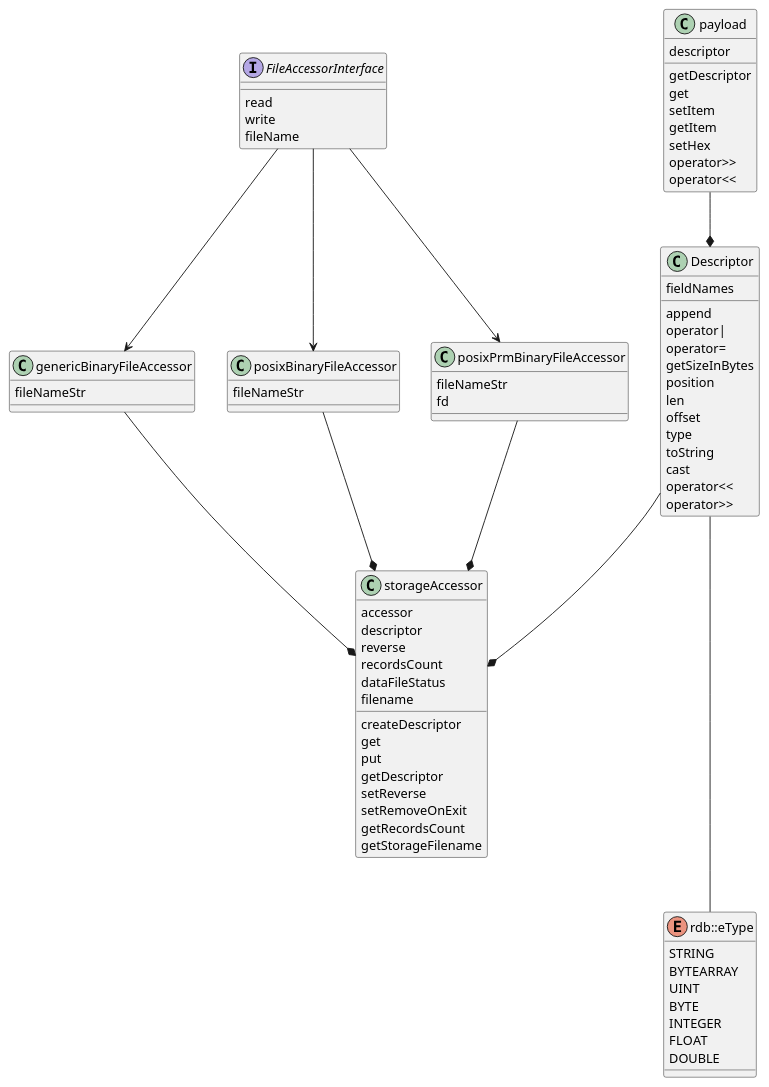
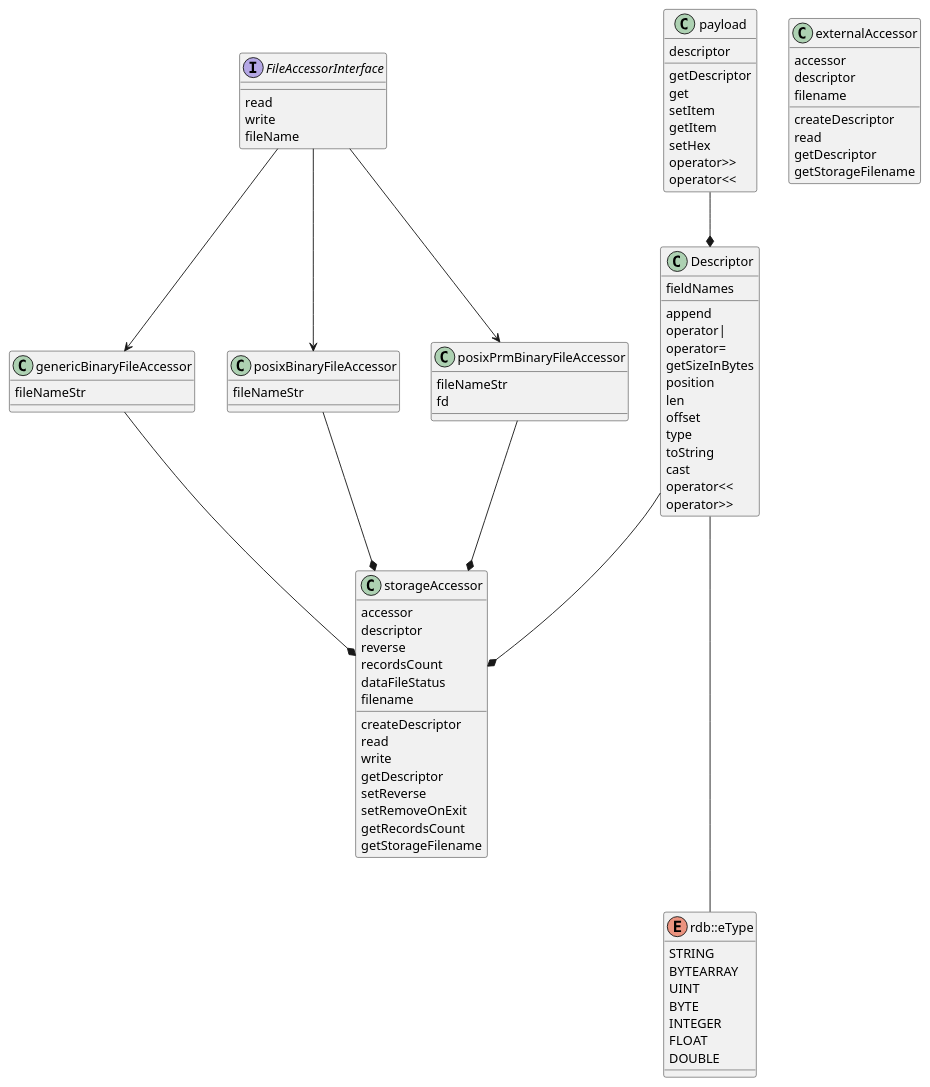
The diagram in src/include/rdb/UML/rdb.puml (michalwidera/retractordb), drawn with PlantUML before and after one commit. The commit also changed 1 other file, not shown here.

```diff
--- a/src/include/rdb/UML/rdb.puml
+++ b/src/include/rdb/UML/rdb.puml
@@ -1,95 +1,106 @@
 @startuml
 
 class Descriptor {
     {field} fieldNames
 
     {method} append
     {method} operator|
     {method} operator=
     {method} getSizeInBytes
     {method} position
     {method} len
     {method} offset
     {method} type
     {method} toString
     {method} cast
     {method} operator<<
     {method} operator>>
 }
 
 class genericBinaryFileAccessor {
     {field} fileNameStr
 }
 
 
 class posixBinaryFileAccessor {
     {field} fileNameStr
 }
 
 class posixPrmBinaryFileAccessor {
     {field} fileNameStr
     {field} fd
 }
 
 
 interface FileAccessorInterface {
     {method} read
     {method} write
     {method} fileName
 }
 
 class payload {
     {field} descriptor
 
     {method} getDescriptor
     {method} get
     {method} setItem
     {method} getItem
     {method} setHex
     {method} operator>>
     {method} operator<<
 }
 
 class storageAccessor {
     {field} accessor
     {field} descriptor
     {field} reverse
     {field} recordsCount
     {field} dataFileStatus
     {field} filename
 
     {method} createDescriptor
-    {method} get
-    {method} put
+    {method} read
+    {method} write
     {method} getDescriptor
     {method} setReverse
     {method} setRemoveOnExit
     {method} getRecordsCount
+    {method} getStorageFilename
+}
+
+class externalAccessor {
+    {field} accessor
+    {field} descriptor
+    {field} filename
+
+    {method} createDescriptor
+    {method} read
+    {method} getDescriptor
     {method} getStorageFilename
 }
 
 enum rdb::eType {
     STRING
     BYTEARRAY
     UINT
     BYTE
     INTEGER
     FLOAT
     DOUBLE
 }
 
 FileAccessorInterface --> genericBinaryFileAccessor
 FileAccessorInterface --> posixBinaryFileAccessor
 FileAccessorInterface --> posixPrmBinaryFileAccessor
 
 genericBinaryFileAccessor --* storageAccessor
 posixBinaryFileAccessor --* storageAccessor
 posixPrmBinaryFileAccessor --* storageAccessor
 
 Descriptor --* storageAccessor
 
 Descriptor --- rdb::eType
 
 payload --* Descriptor
 
 @enduml
```
